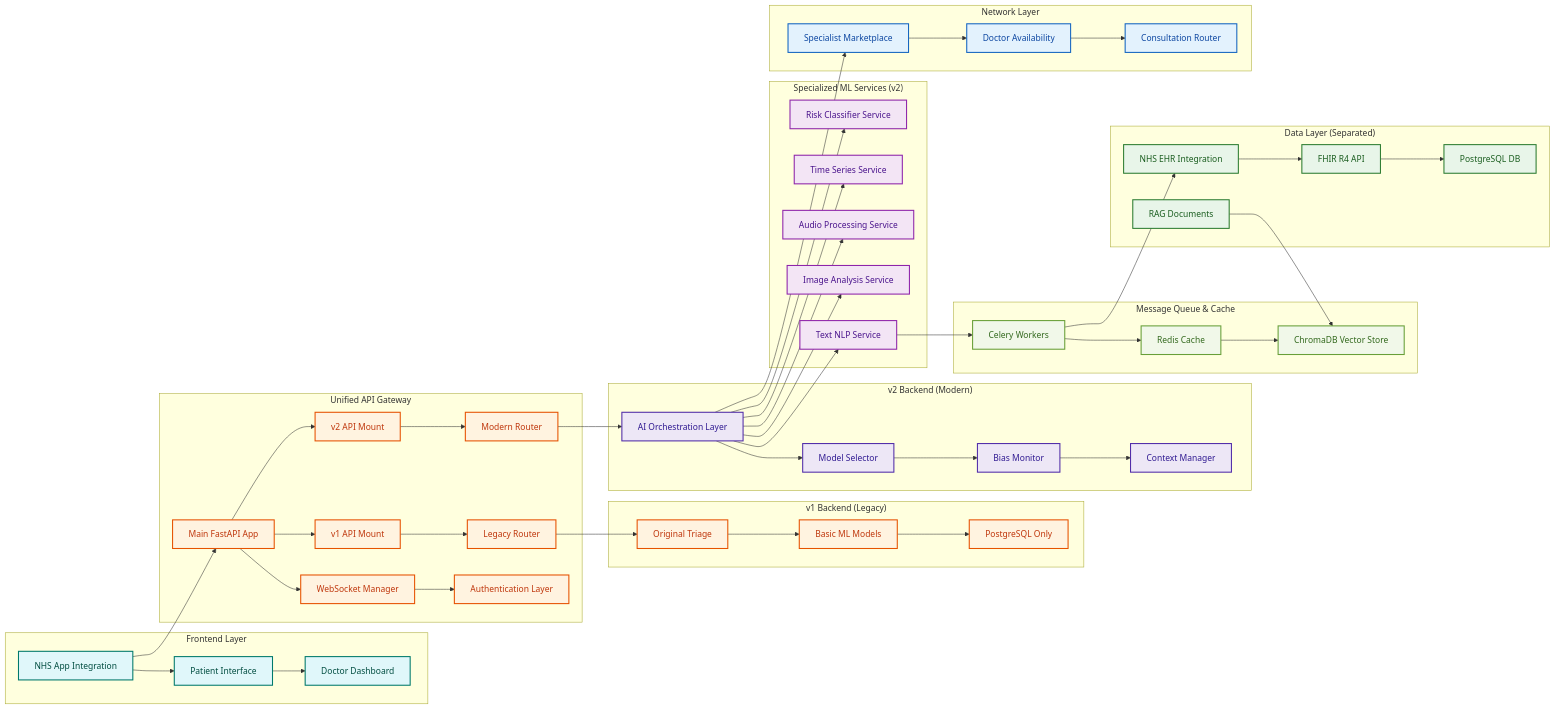
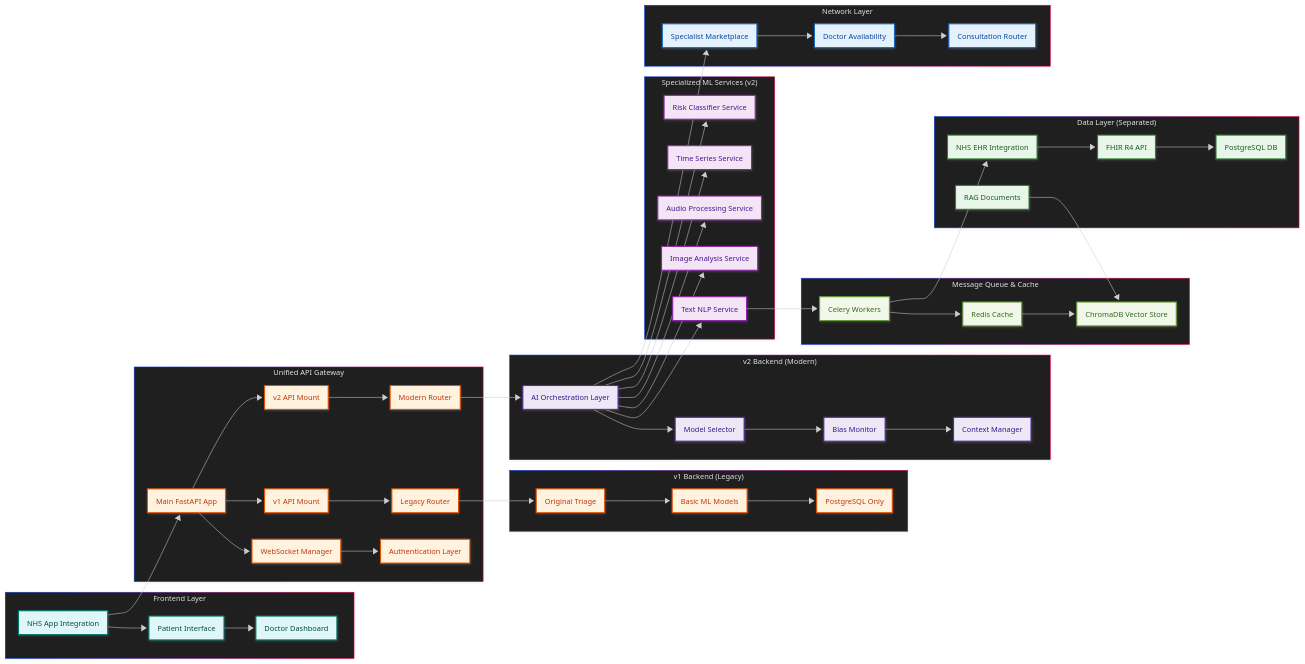
One commit to hr1juldey/FairWorks_FairDOC changed the diagram in README.md. Above: the diagram before and after it, drawn with Mermaid. The commit also changed 1 other file, not shown here.

Commit message:
diagram update

````diff
--- a/README.md
+++ b/README.md
@@ -44,83 +44,119 @@
 ```mermaid
-graph LR
-    %% Frontend Layer
-    subgraph "Frontend Layer"
-        A[NHS App Integration]:::frontend --> B[Patient Interface]:::frontend
-        B --> C[Doctor Dashboard]:::frontend
-    end
-
-    %% API Gateway
-    subgraph "Unified API Gateway"
-        D[Main FastAPI App]:::gateway --> E[WebSocket Manager]:::gateway
-        E --> F[Authentication Layer]:::gateway
-        D --> G[v1 API Mount]:::gateway
-        D --> H[v2 API Mount]:::gateway
-        G --> I[Legacy Router]:::gateway
-        H --> J[Modern Router]:::gateway
-    end
-
-    %% v1 Backend (Legacy)
-    subgraph "v1 Backend (Legacy)"
-        I --> K[Original Triage]:::gateway
-        K --> L[Basic ML Models]:::gateway
-        L --> M[PostgreSQL Only]:::gateway
-    end
-
-    %% v2 Backend (Modern)
-    subgraph "v2 Backend (Modern)"
-        J --> N[AI Orchestration Layer]:::ai
-        N --> O[Model Selector]:::ai
-        O --> P[Bias Monitor]:::ai
-        P --> Q[Context Manager]:::ai
-    end
-
-    %% Specialized ML Services (v2)
-    subgraph "Specialized ML Services (v2)"
-        R[Text NLP Service]:::ml
-        S[Image Analysis Service]:::ml
-        T[Audio Processing Service]:::ml
-        U[Time Series Service]:::ml
-        V[Risk Classifier Service]:::ml
-    end
-
-    %% Message Queue & Cache
-    subgraph "Message Queue & Cache"
-        W[Celery Workers]:::queue --> X[Redis Cache]:::queue
-        X --> Y[ChromaDB Vector Store]:::queue
-    end
-
-    %% Data Layer (Separated)
-    subgraph "Data Layer (Separated)"
-        Z[NHS EHR Integration]:::data --> AA[FHIR R4 API]:::data
-        AA --> BB[PostgreSQL DB]:::data
-        CC[RAG Documents]:::data --> Y
-    end
-
-    %% Network Layer
-    subgraph "Network Layer"
-        DD[Specialist Marketplace]:::network --> EE[Doctor Availability]:::network
-        EE --> FF[Consultation Router]:::network
-    end
-
-    %% Cross-Layer Interactions
-    A --> D
-    N --> R
-    N --> S
-    N --> T
-    N --> U
-    N --> V
+---
+config:
+  theme: neo-dark
+  look: neo
+  layout: dagre
+---
+flowchart LR
+ subgraph subGraph0["Frontend Layer"]
+        B["Patient Interface"]
+        A["NHS App Integration"]
+        C["Doctor Dashboard"]
+  end
+ subgraph subGraph1["Unified API Gateway"]
+        E["WebSocket Manager"]
+        D["Main FastAPI App"]
+        F["Authentication Layer"]
+        G["v1 API Mount"]
+        H["v2 API Mount"]
+        I["Legacy Router"]
+        J["Modern Router"]
+  end
+ subgraph subGraph2["v1 Backend (Legacy)"]
+        K["Original Triage"]
+        L["Basic ML Models"]
+        M["PostgreSQL Only"]
+  end
+ subgraph subGraph3["v2 Backend (Modern)"]
+        N["AI Orchestration Layer"]
+        O["Model Selector"]
+        P["Bias Monitor"]
+        Q["Context Manager"]
+  end
+ subgraph subGraph4["Specialized ML Services (v2)"]
+        R["Text NLP Service"]
+        S["Image Analysis Service"]
+        T["Audio Processing Service"]
+        U["Time Series Service"]
+        V["Risk Classifier Service"]
+  end
+ subgraph subGraph5["Message Queue & Cache"]
+        X["Redis Cache"]
+        W["Celery Workers"]
+        Y["ChromaDB Vector Store"]
+  end
+ subgraph subGraph6["Data Layer (Separated)"]
+        AA["FHIR R4 API"]
+        Z["NHS EHR Integration"]
+        BB["PostgreSQL DB"]
+        CC["RAG Documents"]
+  end
+ subgraph subGraph7["Network Layer"]
+        EE["Doctor Availability"]
+        DD["Specialist Marketplace"]
+        FF["Consultation Router"]
+  end
+    A --> B & D
+    B --> C
+    D --> E & G & H
+    E --> F
+    G --> I
+    H --> J
+    I --> K
+    K --> L
+    L --> M
+    J --> N
+    N --> O & R & S & T & U & V & DD
+    O --> P
+    P --> Q
+    W --> X & Z
+    X --> Y
+    Z --> AA
+    AA --> BB
+    CC --> Y
+    DD --> EE
+    EE --> FF
     R --> W
-    N --> DD
-    W --> Z
-
-    %% Define custom styles
-    classDef frontend fill:#e0f7fa,stroke:#00796b,stroke-width:2px,color:#004d40;
-    classDef gateway  fill:#fff3e0,stroke:#e65100,stroke-width:2px,color:#bf360c;
-    classDef ai       fill:#ede7f6,stroke:#512da8,stroke-width:2px,color:#311b92;
-    classDef ml       fill:#f3e5f5,stroke:#8e24aa,stroke-width:2px,color:#4a148c;
-    classDef queue    fill:#f1f8e9,stroke:#689f38,stroke-width:2px,color:#33691e;
-    classDef data     fill:#e8f5e9,stroke:#2e7d32,stroke-width:2px,color:#1b5e20;
-    classDef network  fill:#e3f2fd,stroke:#1565c0,stroke-width:2px,color:#0d47a1;
+     B:::frontend
+     A:::frontend
+     C:::frontend
+     E:::gateway
+     D:::gateway
+     F:::gateway
+     G:::gateway
+     H:::gateway
+     I:::gateway
+     J:::gateway
+     K:::gateway
+     L:::gateway
+     M:::gateway
+     N:::ai
+     O:::ai
+     P:::ai
+     Q:::ai
+     R:::ml
+     S:::ml
+     T:::ml
+     U:::ml
+     V:::ml
+     X:::queue
+     W:::queue
+     Y:::queue
+     AA:::data
+     Z:::data
+     BB:::data
+     CC:::data
+     EE:::network
+     DD:::network
+     FF:::network
+    classDef frontend fill:#e0f7fa,stroke:#00796b,stroke-width:2px,color:#004d40
+    classDef gateway  fill:#fff3e0,stroke:#e65100,stroke-width:2px,color:#bf360c
+    classDef ai       fill:#ede7f6,stroke:#512da8,stroke-width:2px,color:#311b92
+    classDef ml       fill:#f3e5f5,stroke:#8e24aa,stroke-width:2px,color:#4a148c
+    classDef queue    fill:#f1f8e9,stroke:#689f38,stroke-width:2px,color:#33691e
+    classDef data     fill:#e8f5e9,stroke:#2e7d32,stroke-width:2px,color:#1b5e20
+    classDef network  fill:#e3f2fd,stroke:#1565c0,stroke-width:2px,color:#0d47a1
 
 
 ```
````
